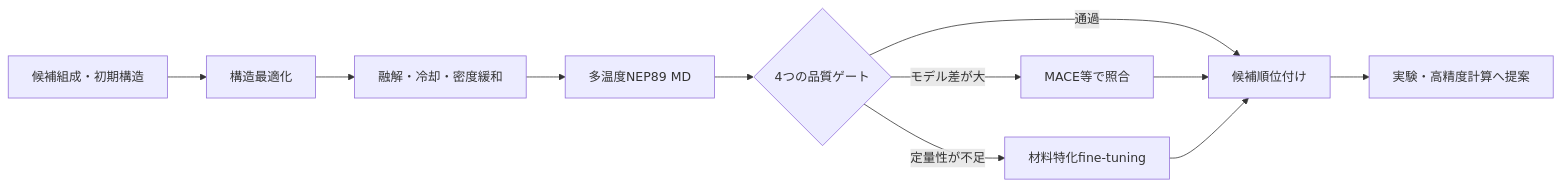
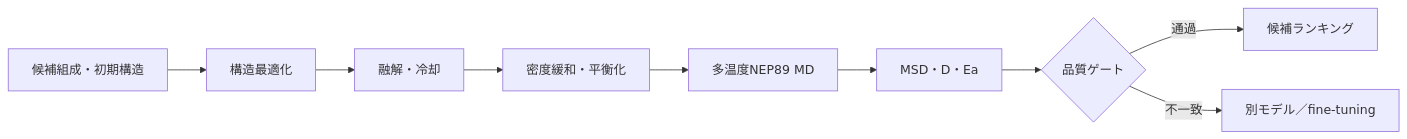
The second of 5 diagrams in docs/presentations/pretrained_potential_screening_proposal_7min_ja.md (Long-Brian-Yang/li-research), drawn with Mermaid before and after one commit. The commit also changed other lines of this file, not shown here.

````diff
--- a/docs/presentations/pretrained_potential_screening_proposal_7min_ja.md
+++ b/docs/presentations/pretrained_potential_screening_proposal_7min_ja.md
@@ -148,13 +152,11 @@
 ```mermaid
 flowchart LR
     A[候補組成・初期構造] --> B[構造最適化]
-    B --> C[融解・冷却・密度緩和]
-    C --> D[多温度NEP89 MD]
-    D --> E{4つの品質ゲート}
-    E -->|通過| F[候補順位付け]
-    E -->|モデル差が大| G[MACE等で照合]
-    E -->|定量性が不足| H[材料特化fine-tuning]
-    F --> I[実験・高精度計算へ提案]
-    G --> F
-    H --> F
+    B --> C[融解・冷却]
+    C --> D[密度緩和・平衡化]
+    D --> E[多温度NEP89 MD]
+    E --> F[MSD・D・Ea]
+    F --> G{品質ゲート}
+    G -->|通過| H[候補ランキング]
+    G -->|不一致| I[別モデル／fine-tuning]
 ```
````
